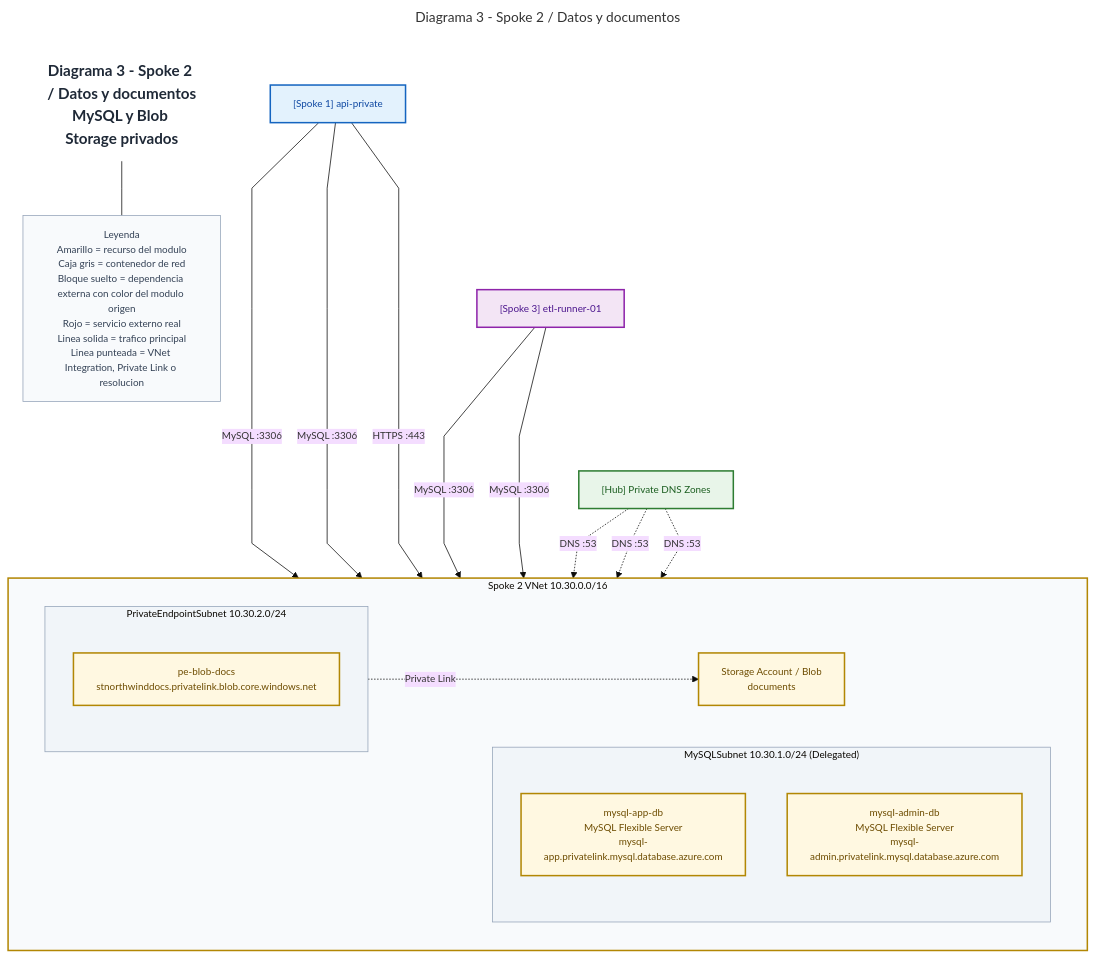
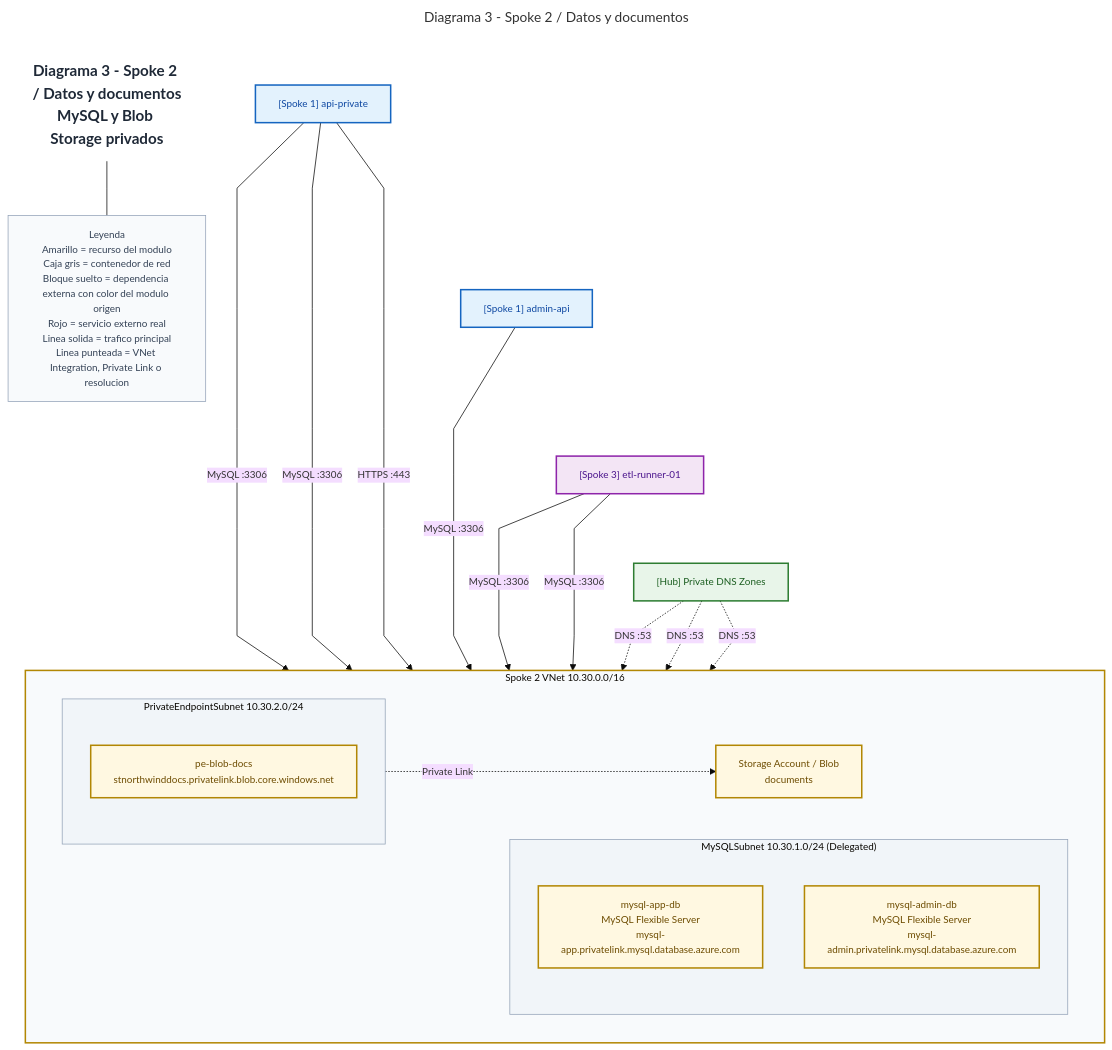
One commit to Eickyair/azure-hubspoke-private-intranet changed the diagram in docs/arquitectura/spoke2-datos-detalle.mmd. Above: the diagram before and after it, drawn with Mermaid. The commit also changed 5 other files, not shown here.

Commit message:
diagramas

```diff
--- a/docs/arquitectura/spoke2-datos-detalle.mmd
+++ b/docs/arquitectura/spoke2-datos-detalle.mmd
@@ -1,53 +1,56 @@
 ---
 title: Diagrama 3 - Spoke 2 / Datos y documentos
 ---
 %%{init: {"theme": "base", "flowchart": {"curve": "linear", "nodeSpacing": 55, "rankSpacing": 72}, "themeVariables": {"fontFamily": "Trebuchet MS", "fontSize": "13px"}} }%%
 flowchart TB
     title["Diagrama 3 - Spoke 2 / Datos y documentos<br/>MySQL y Blob Storage privados"]:::title
     legend["Leyenda<br/>Amarillo = recurso del modulo<br/>Caja gris = contenedor de red<br/>Bloque suelto = dependencia externa con color del modulo origen<br/>Rojo = servicio externo real<br/>Linea solida = trafico principal<br/>Linea punteada = VNet Integration, Private Link o resolucion"]:::legend
     title --- legend
 
     subgraph spoke2["Spoke 2 VNet 10.30.0.0/16"]
         direction LR
         subgraph mysqlsubnet["MySQLSubnet 10.30.1.0/24 (Delegated)"]
             direction TB
             mysql_app["mysql-app-db<br/>MySQL Flexible Server<br/>mysql-app.privatelink.mysql.database.azure.com"]:::data
             mysql_admin["mysql-admin-db<br/>MySQL Flexible Server<br/>mysql-admin.privatelink.mysql.database.azure.com"]:::data
         end
 
         subgraph pesubnet["PrivateEndpointSubnet 10.30.2.0/24"]
             direction TB
             peblob["pe-blob-docs<br/>stnorthwinddocs.privatelink.blob.core.windows.net"]:::data
         end
 
         blobdocs["Storage Account / Blob<br/>documents"]:::data
     end
 
     api["[Spoke 1] api-private"]:::app
+    adminapi["[Spoke 1] admin-api"]:::app
     etl["[Spoke 3] etl-runner-01"]:::analytics
     dns["[Hub] Private DNS Zones"]:::hub
 
     api -->|"MySQL :3306"| mysql_app
     api -->|"MySQL :3306"| mysql_admin
     api -->|"HTTPS :443"| peblob
+    adminapi -->|"MySQL :3306"| mysql_admin
     etl -->|"MySQL :3306"| mysql_app
     etl -->|"MySQL :3306"| mysql_admin
     peblob -.->|"Private Link"| blobdocs
     dns -.->|"DNS :53"| mysql_app
     dns -.->|"DNS :53"| mysql_admin
     dns -.->|"DNS :53"| peblob
 
-    api ~~~ etl
+    api ~~~ adminapi
+    adminapi ~~~ etl
     etl ~~~ dns
 
     style spoke2 fill:#f8fafc,stroke:#b28704,stroke-width:2px;
     style mysqlsubnet fill:#f1f5f9,stroke:#94a3b8,stroke-width:1px;
     style pesubnet fill:#f1f5f9,stroke:#94a3b8,stroke-width:1px;
 
     classDef title fill:#ffffff,stroke:#ffffff,color:#1f2937,font-size:20px,font-weight:bold;
     classDef legend fill:#f8fafc,stroke:#94a3b8,color:#334155;
     classDef hub fill:#e8f5e9,stroke:#2e7d32,color:#1b5e20,stroke-width:2px;
     classDef app fill:#e3f2fd,stroke:#1565c0,color:#0d47a1,stroke-width:2px;
     classDef data fill:#fff8e1,stroke:#b28704,color:#6d4c00,stroke-width:2px;
     classDef analytics fill:#f3e5f5,stroke:#8e24aa,color:#4a148c,stroke-width:2px;
     classDef external fill:#ffebee,stroke:#c62828,color:#7f1d1d,stroke-width:2px;
```
